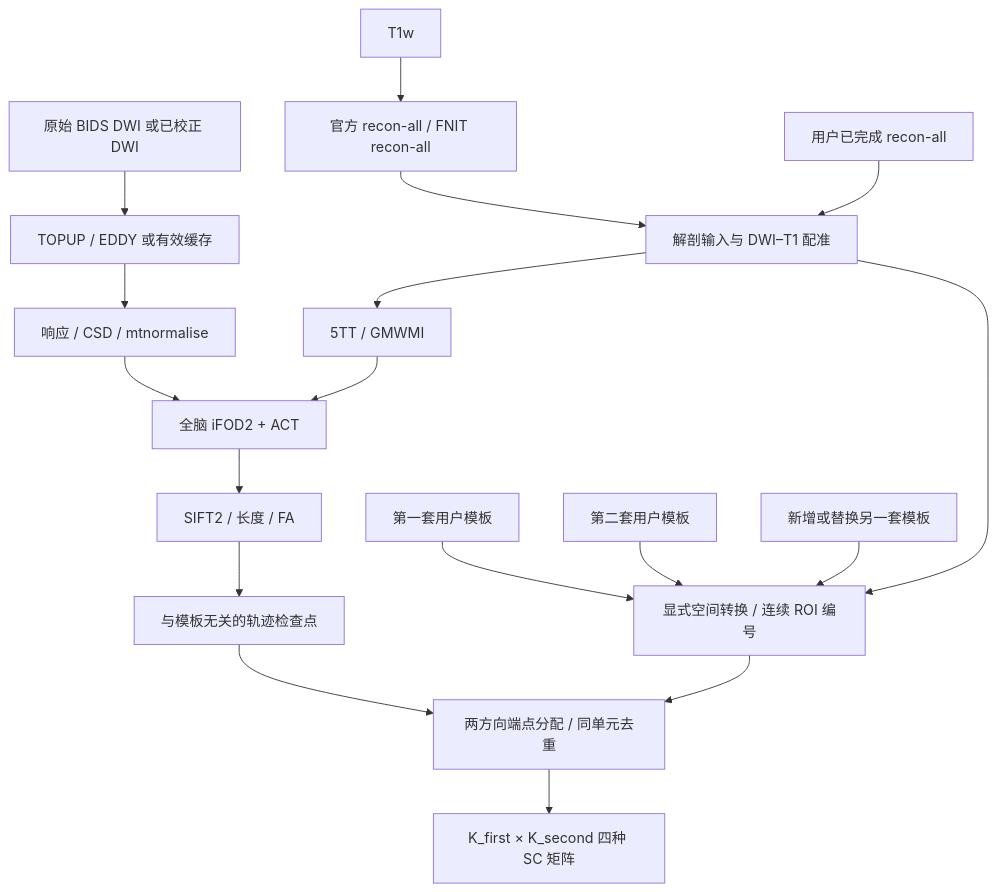
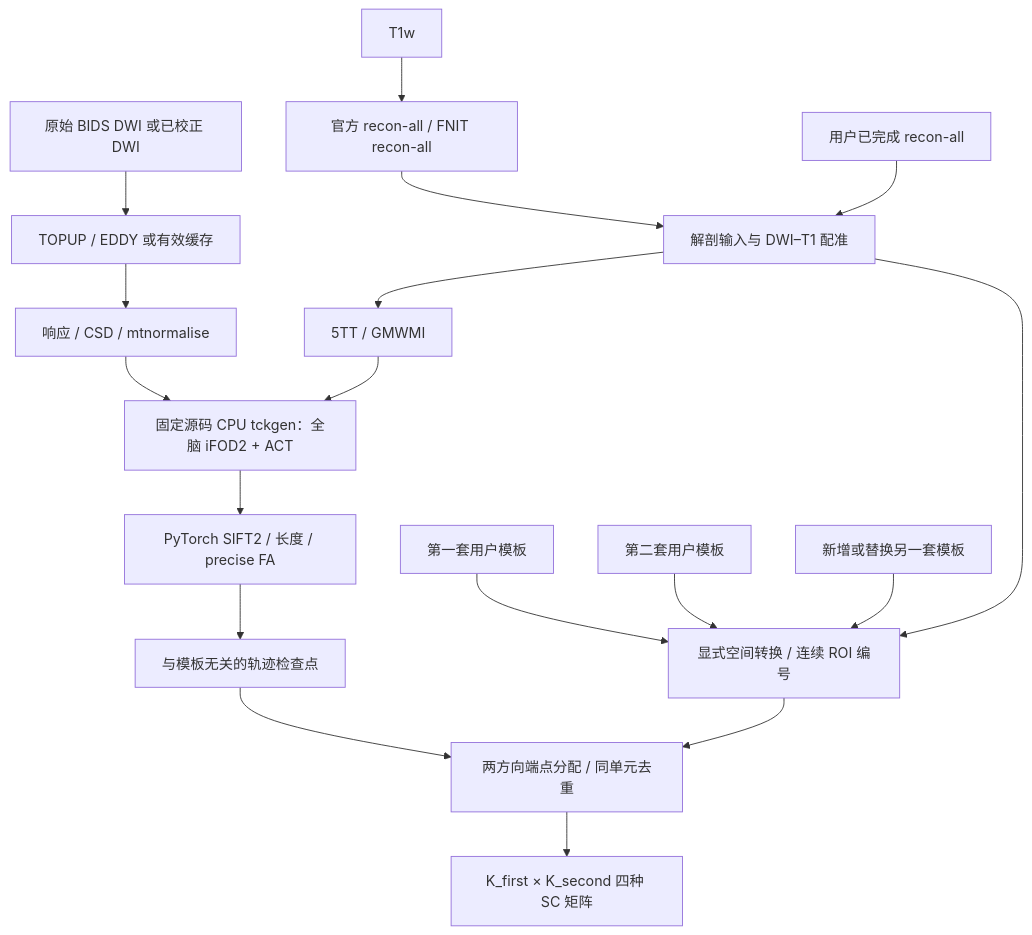
The diagram in docs/connectome/template_pairs.md (weikanggong1/Fudan-Neuroimaging-toolkit), drawn with Mermaid before and after one commit. The commit also changed other lines of this file and 63 other files, not shown here.

````diff
--- a/docs/connectome/template_pairs.md
+++ b/docs/connectome/template_pairs.md
@@ -9,20 +11,20 @@
 ```mermaid
 flowchart TD
     D[原始 BIDS DWI 或已校正 DWI] --> P[TOPUP / EDDY 或有效缓存]
     T[T1w] --> R[官方 recon-all / FNIT recon-all]
     U[用户已完成 recon-all] --> A[解剖输入与 DWI–T1 配准]
     R --> A
     P --> F[响应 / CSD / mtnormalise]
     A --> G[5TT / GMWMI]
-    F --> W[全脑 iFOD2 + ACT]
+    F --> W[固定源码 CPU tckgen：全脑 iFOD2 + ACT]
     G --> W
-    W --> S[SIFT2 / 长度 / FA]
+    W --> S[PyTorch SIFT2 / 长度 / precise FA]
     S --> C[与模板无关的轨迹检查点]
     X[第一套用户模板] --> L[显式空间转换 / 连续 ROI 编号]
     Y[第二套用户模板] --> L
     A --> L
     L --> E[两方向端点分配 / 同单元去重]
     C --> E
     E --> M[K_first × K_second 四种 SC 矩阵]
     N[新增或替换另一套模板] --> L
 ```
````
